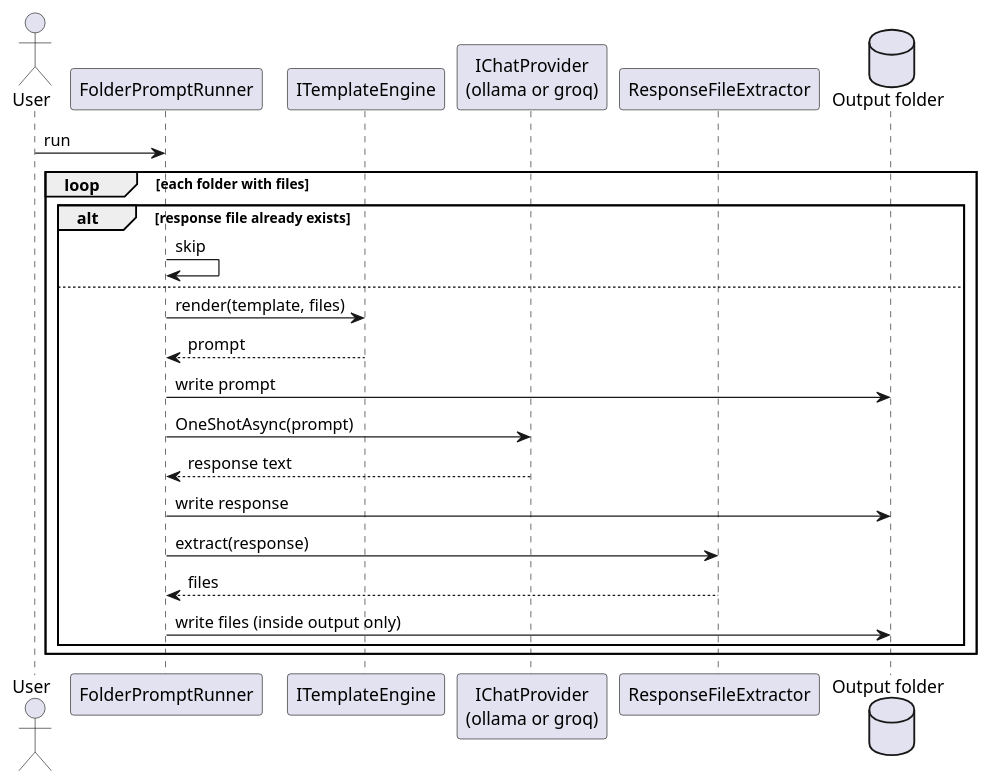
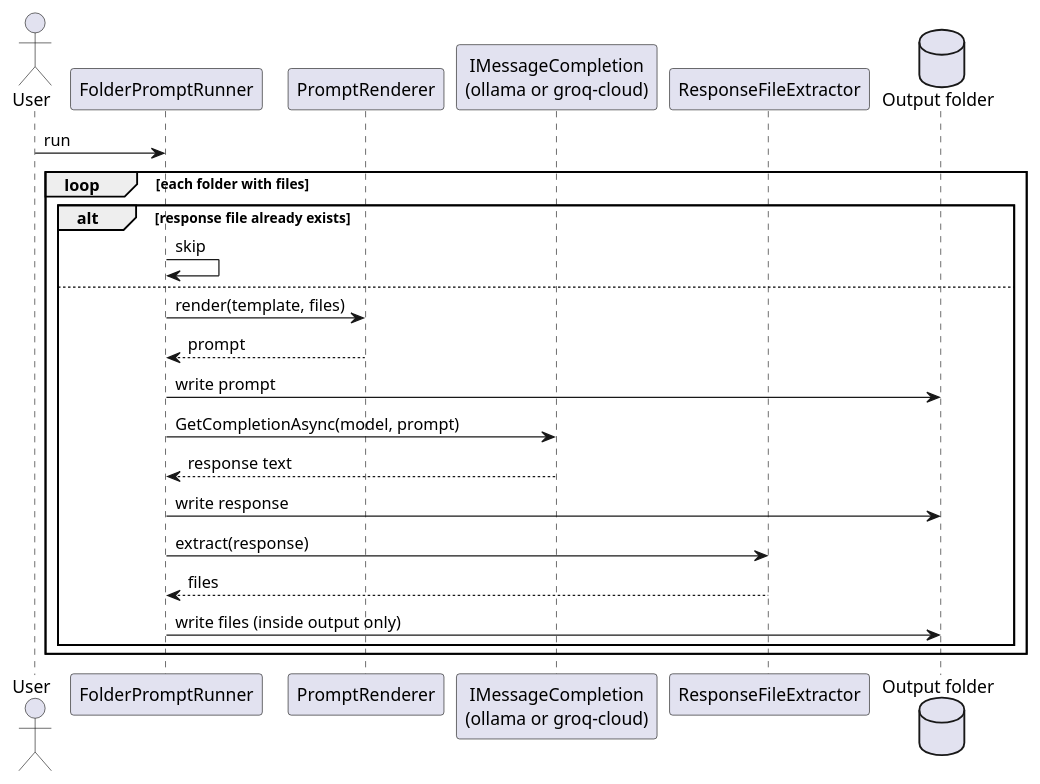
Before and after one commit to OutOfBandDevelopment/dotex: the diagram in docs/design/LlmCodeGen/architecture.md, drawn with PlantUML. The commit also changed other lines of this file and 22 other files, not shown here.

````diff
--- a/docs/design/LlmCodeGen/architecture.md
+++ b/docs/design/LlmCodeGen/architecture.md
@@ -20,28 +20,28 @@
 ```plantuml
 @startuml
 skinparam shadowing false
 actor User
 participant "FolderPromptRunner" as R
-participant "ITemplateEngine" as T
-participant "IChatProvider\n(ollama or groq)" as L
+participant "PromptRenderer" as T
+participant "IMessageCompletion\n(ollama or groq-cloud)" as L
 participant "ResponseFileExtractor" as X
 database "Output folder" as O
 
 User -> R : run
 loop each folder with files
   alt response file already exists
     R -> R : skip
   else
     R -> T : render(template, files)
     T --> R : prompt
     R -> O : write prompt
-    R -> L : OneShotAsync(prompt)
+    R -> L : GetCompletionAsync(model, prompt)
     L --> R : response text
     R -> O : write response
     R -> X : extract(response)
     X --> R : files
     R -> O : write files (inside output only)
   end
 end
 @enduml
 ```
````
